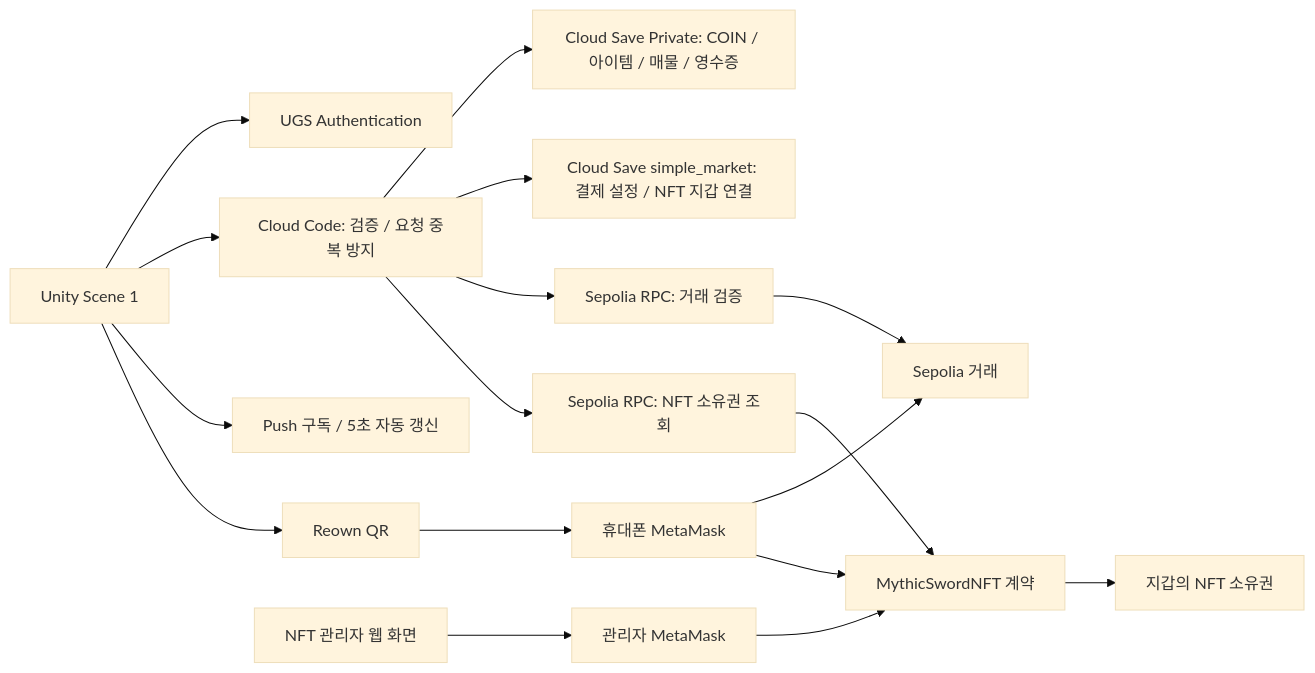
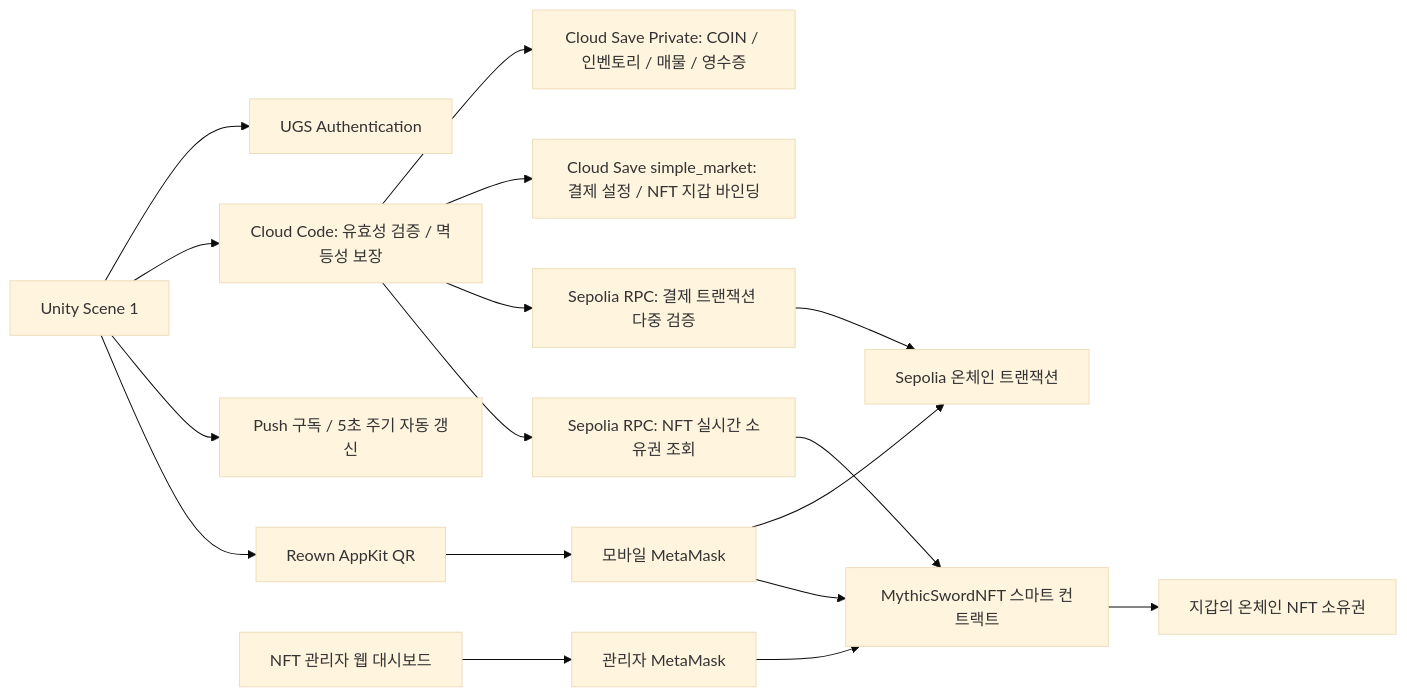
The diagram in README.md (ikhong0303/UGSMarketwithSepoliaETH), drawn with Mermaid (base theme) before and after one commit. The commit also changed other lines of this file, not shown here.

````diff
--- a/README.md
+++ b/README.md
@@ -155,19 +157,19 @@
 ```mermaid
 flowchart LR
-    U[Unity Scene 1] --> A[UGS Authentication]
-    U --> C[Cloud Code: 검증 / 요청 중복 방지]
-    C --> E[Cloud Save Private: COIN / 아이템 / 매물 / 영수증]
-    C --> S[Cloud Save simple_market: 결제 설정 / NFT 지갑 연결]
-    U --> P[Push 구독 / 5초 자동 갱신]
-    U --> R[Reown QR]
-    R --> M[휴대폰 MetaMask]
-    M --> B[Sepolia 거래]
-    C --> RPC[Sepolia RPC: 거래 검증]
+    U["Unity Scene 1"] --> A["UGS Authentication"]
+    U --> C["Cloud Code: 유효성 검증 / 멱등성 보장"]
+    C --> E["Cloud Save Private: COIN / 인벤토리 / 매물 / 영수증"]
+    C --> S["Cloud Save simple_market: 결제 설정 / NFT 지갑 바인딩"]
+    U --> P["Push 구독 / 5초 주기 자동 갱신"]
+    U --> R["Reown AppKit QR"]
+    R --> M["모바일 MetaMask"]
+    M --> B["Sepolia 온체인 트랜잭션"]
+    C --> RPC["Sepolia RPC: 결제 트랜잭션 다중 검증"]
     RPC --> B
-    C --> NRPC[Sepolia RPC: NFT 소유권 조회]
-    W[NFT 관리자 웹 화면] --> AM[관리자 MetaMask]
-    AM --> N[MythicSwordNFT 계약]
+    C --> NRPC["Sepolia RPC: NFT 실시간 소유권 조회"]
+    W["NFT 관리자 웹 대시보드"] --> AM["관리자 MetaMask"]
+    AM --> N["MythicSwordNFT 스마트 컨트랙트"]
     M --> N
-    N --> O[지갑의 NFT 소유권]
+    N --> O["지갑의 온체인 NFT 소유권"]
     NRPC --> N
 ```
````
